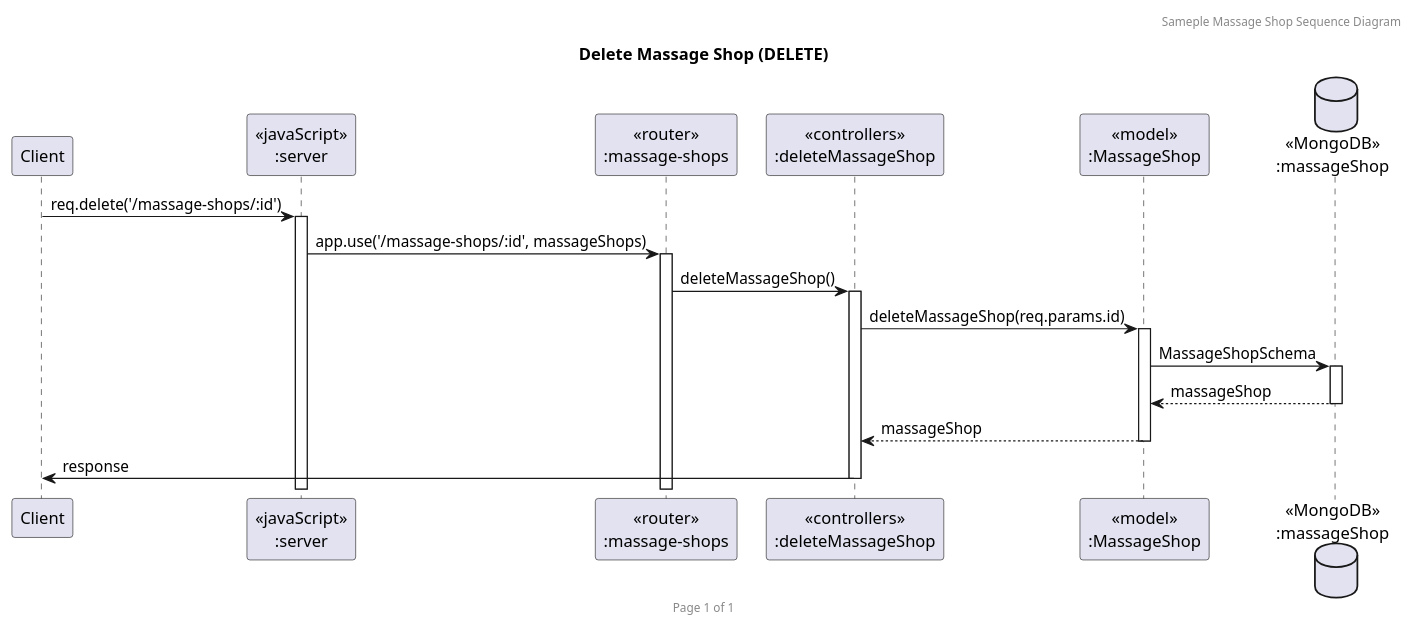
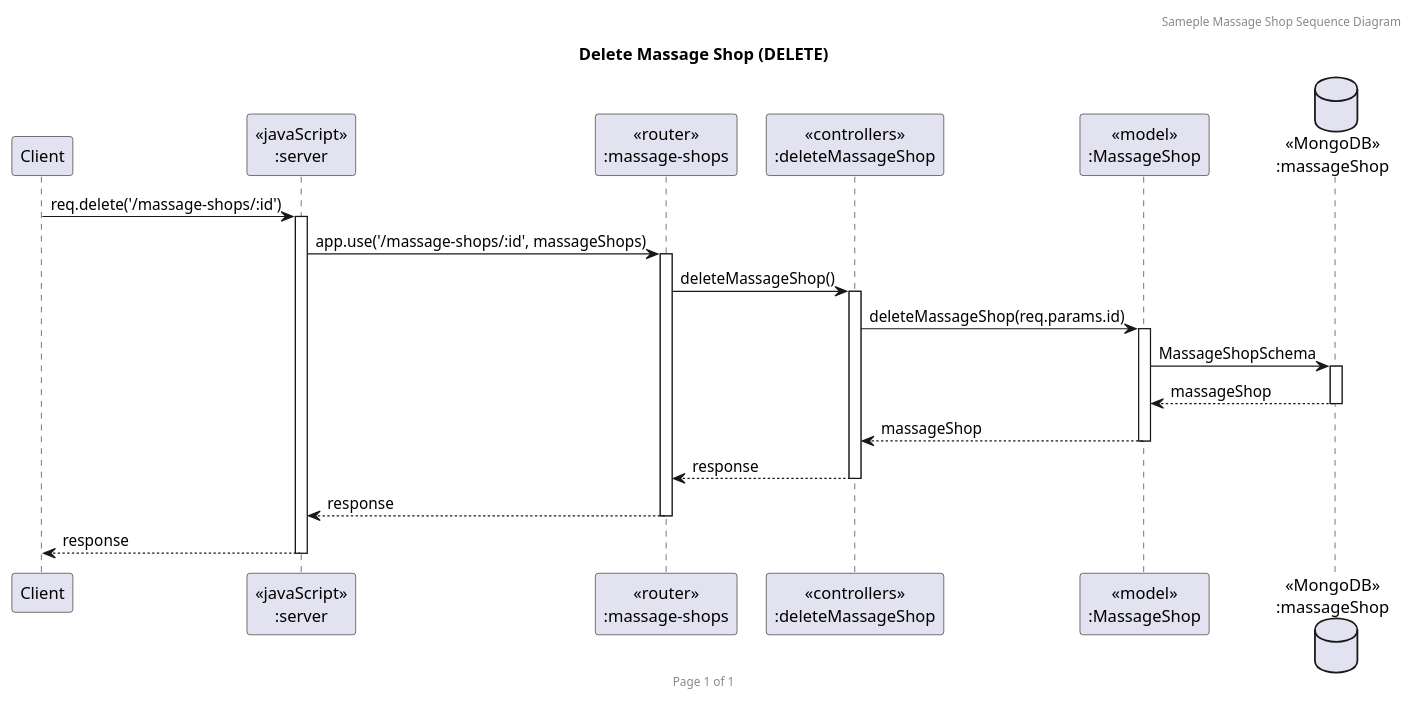
Before and after one commit to BabeTanya/massage-catherine: the diagram in MassageSequence_delete_massage_shop.puml, drawn with PlantUML. The commit also changed 6 other files, not shown here.

Commit message:
Revise sequence diagram massage shop

```diff
--- a/MassageSequence_delete_massage_shop.puml
+++ b/MassageSequence_delete_massage_shop.puml
@@ -1,23 +1,25 @@
 @startuml Delete Massage Shop (DELETE)
 
 header Sameple Massage Shop Sequence Diagram
 footer Page %page% of %lastpage%
 title "Delete Massage Shop (DELETE)"
 
 participant "Client" as client
 participant "<<javaScript>>\n:server" as server
 participant "<<router>>\n:massage-shops" as routerMassageShop
 participant "<<controllers>>\n:deleteMassageShop" as controllersDeleteMassageShop
 participant "<<model>>\n:MassageShop" as modelMassageShop
 database "<<MongoDB>>\n:massageShop" as MassageShopDatabase
 
 client->server ++:req.delete('/massage-shops/:id')
 server->routerMassageShop ++:app.use('/massage-shops/:id', massageShops)
 routerMassageShop -> controllersDeleteMassageShop ++:deleteMassageShop()
 controllersDeleteMassageShop->modelMassageShop ++:deleteMassageShop(req.params.id)
 modelMassageShop ->MassageShopDatabase ++: MassageShopSchema
 MassageShopDatabase --> modelMassageShop --: massageShop
 controllersDeleteMassageShop <-- modelMassageShop --:massageShop
-controllersDeleteMassageShop->client --:response
+routerMassageShop <-- controllersDeleteMassageShop --:response
+server <-- routerMassageShop --:response
+client <-- server --:response
 
 @enduml
```
